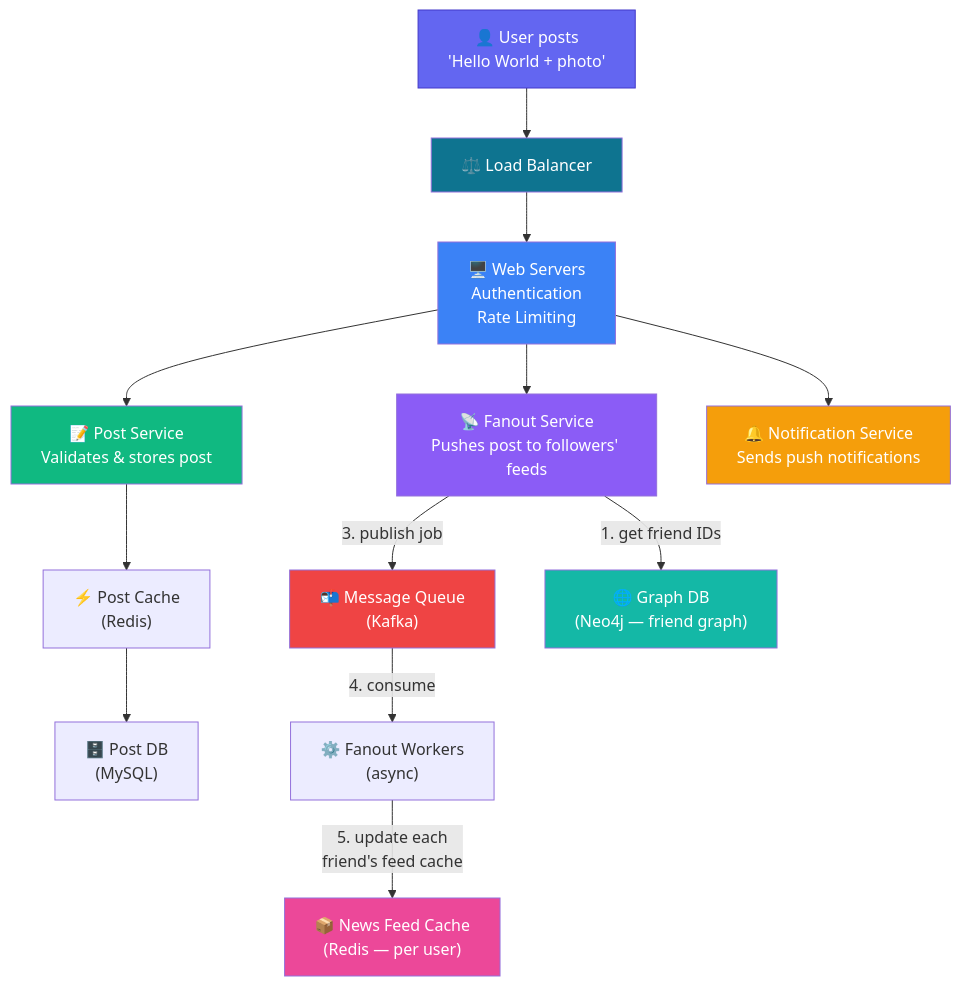
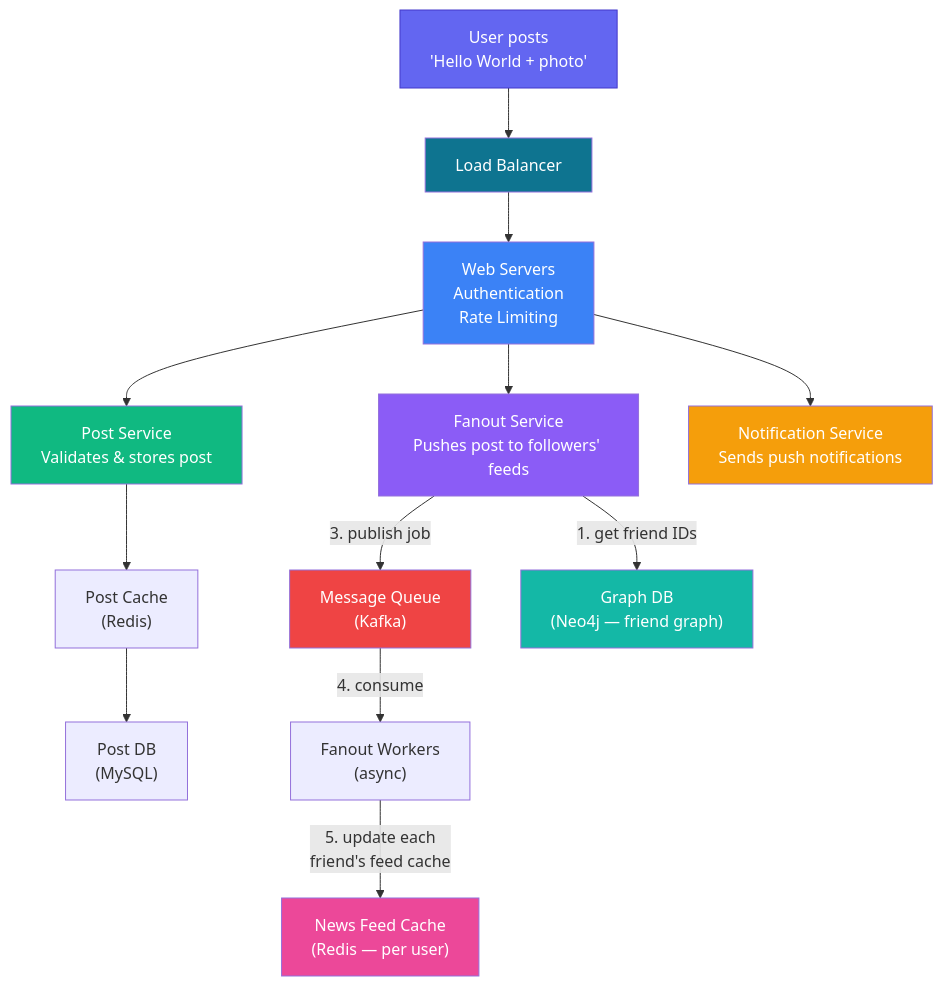
One commit to devops-monk/system-design-blog changed the eighth of 18 diagrams in content/posts/2026/framework-for-system-design-interviews.md. Above: the diagram before and after it, drawn with Mermaid. The commit also changed other lines of this file and 5 other files, not shown here.

````diff
--- a/content/posts/2026/framework-for-system-design-interviews.md
+++ b/content/posts/2026/framework-for-system-design-interviews.md
@@ -313,35 +313,35 @@
 ```mermaid
 flowchart TD
-    U["👤 User posts\n'Hello World + photo'"]
-    LB["⚖️ Load Balancer"]
-    WS["🖥️ Web Servers\nAuthentication\nRate Limiting"]
-    PS["📝 Post Service\nValidates & stores post"]
-    FS["📡 Fanout Service\nPushes post to followers' feeds"]
-    NS["🔔 Notification Service\nSends push notifications"]
-    PC["⚡ Post Cache\n(Redis)"]
-    PDB["🗄️ Post DB\n(MySQL)"]
-    MQ["📬 Message Queue\n(Kafka)"]
-    FW["⚙️ Fanout Workers\n(async)"]
-    NFC["📦 News Feed Cache\n(Redis — per user)"]
-    GDB["🌐 Graph DB\n(Neo4j — friend graph)"]
+    U["User posts\n'Hello World + photo'"]
+    LB["Load Balancer"]
+    WS["Web Servers\nAuthentication\nRate Limiting"]
+    PS["Post Service\nValidates & stores post"]
+    FS["Fanout Service\nPushes post to followers' feeds"]
+    NS["Notification Service\nSends push notifications"]
+    PC["Post Cache\n(Redis)"]
+    PDB["Post DB\n(MySQL)"]
+    MQ["Message Queue\n(Kafka)"]
+    FW["Fanout Workers\n(async)"]
+    NFC["News Feed Cache\n(Redis — per user)"]
+    GDB["Graph DB\n(Neo4j — friend graph)"]
 
     U --> LB --> WS
     WS --> PS
     WS --> FS
     WS --> NS
     PS --> PC --> PDB
     FS -->|"1. get friend IDs"| GDB
     FS -->|"3. publish job"| MQ
     MQ -->|"4. consume"| FW
     FW -->|"5. update each\nfriend's feed cache"| NFC
 
     style U fill:#6366F1,stroke:#4338CA,color:#fff
     style LB fill:#0E7490,color:#fff
     style WS fill:#3B82F6,color:#fff
     style PS fill:#10B981,color:#fff
     style FS fill:#8B5CF6,color:#fff
     style NS fill:#F59E0B,color:#fff
     style MQ fill:#EF4444,color:#fff
     style NFC fill:#EC4899,color:#fff
     style GDB fill:#14B8A6,color:#fff
 ```
````
